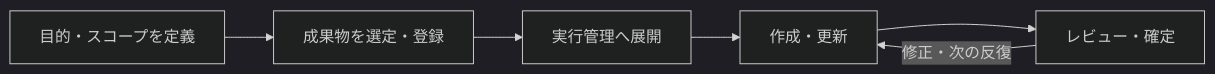
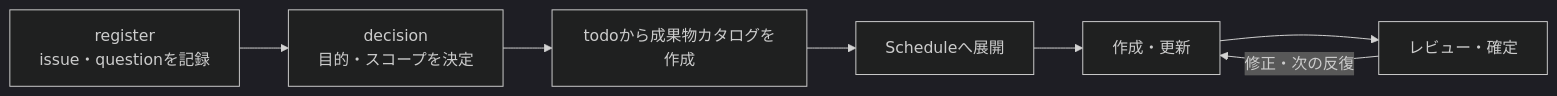
The second of 2 diagrams in docs/ja/specdojo/guides/specdojo-overview-guide.md (specdojo/specdojo), drawn with Mermaid (dark theme) before and after one commit. The commit also changed other lines of this file and 8 other files, not shown here.

````diff
--- a/docs/ja/specdojo/guides/specdojo-overview-guide.md
+++ b/docs/ja/specdojo/guides/specdojo-overview-guide.md
@@ -142,11 +142,12 @@
 ```mermaid
 flowchart LR
-  A["目的・スコープを定義"]
-  B["成果物を選定・登録"]
-  C["実行管理へ展開"]
-  D["作成・更新"]
-  E["レビュー・確定"]
+  A["register<br/>issue・questionを記録"]
+  B["decision<br/>目的・スコープを決定"]
+  C["todoから成果物カタログを作成"]
+  D["Scheduleへ展開"]
+  E["作成・更新"]
+  F["レビュー・確定"]
 
-  A --> B --> C --> D --> E
-  E -->|修正・次の反復| D
+  A --> B --> C --> D --> E --> F
+  F -->|修正・次の反復| E
 ```
````
